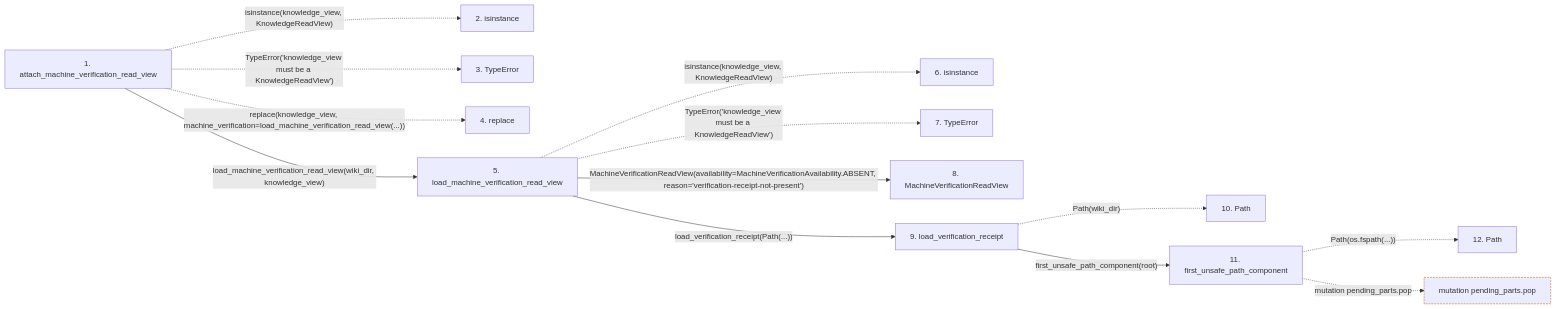
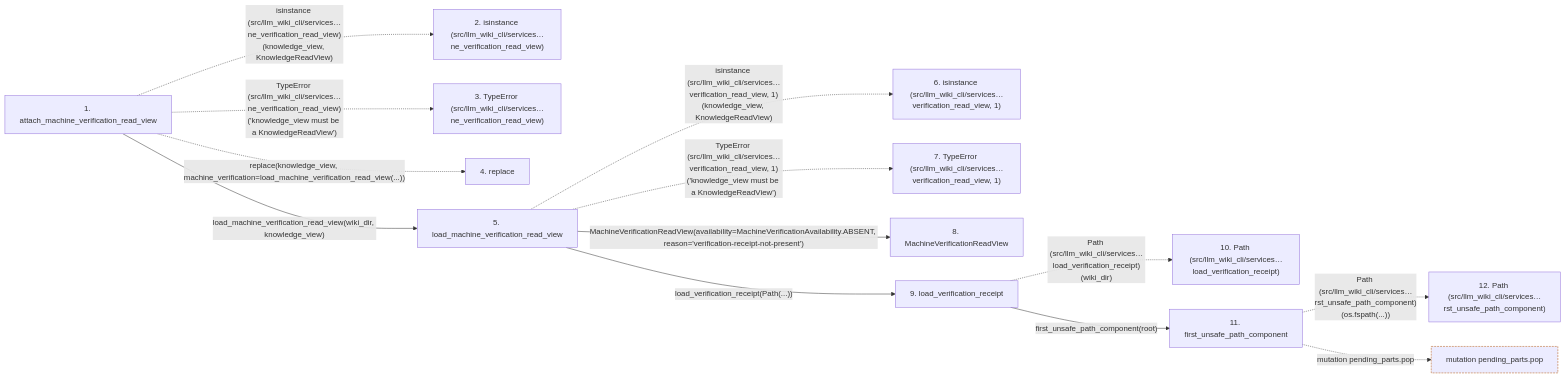
The second of 2 diagrams in docs/llm_wiki/flows/api-attach_machine_verification_read_view.md (Denissvgn/python-wiki-llm), drawn with Mermaid before and after one commit. The commit also changed other lines of this file and 719 other files, not shown here.

````diff
--- a/docs/llm_wiki/flows/api-attach_machine_verification_read_view.md
+++ b/docs/llm_wiki/flows/api-attach_machine_verification_read_view.md
@@ -81,35 +84,35 @@
 ```mermaid
 flowchart LR
     s1["1. attach_machine_verification_read_view"]
-    s2["2. isinstance"]
-    s3["3. TypeError"]
+    s2["2. isinstance (src/llm_wiki_cli/services…ne_verification_read_view)"]
+    s3["3. TypeError (src/llm_wiki_cli/services…ne_verification_read_view)"]
     s4["4. replace"]
     s5["5. load_machine_verification_read_view"]
-    s6["6. isinstance"]
-    s7["7. TypeError"]
+    s6["6. isinstance (src/llm_wiki_cli/services…verification_read_view, 1)"]
+    s7["7. TypeError (src/llm_wiki_cli/services…verification_read_view, 1)"]
     s8["8. MachineVerificationReadView"]
     s9["9. load_verification_receipt"]
-    s10["10. Path"]
+    s10["10. Path (src/llm_wiki_cli/services…load_verification_receipt)"]
     s11["11. first_unsafe_path_component"]
-    s12["12. Path"]
-    s1 -. "isinstance(knowledge_view, KnowledgeReadView)" .-> s2
-    s1 -. "TypeError('knowledge_view must be a KnowledgeReadView')" .-> s3
+    s12["12. Path (src/llm_wiki_cli/services…rst_unsafe_path_component)"]
+    s1 -. "isinstance (src/llm_wiki_cli/services…ne_verification_read_view)(knowledge_view, KnowledgeReadView)" .-> s2
+    s1 -. "TypeError (src/llm_wiki_cli/services…ne_verification_read_view)('knowledge_view must be a KnowledgeReadView')" .-> s3
     s1 -. "replace(knowledge_view, machine_verification=load_machine_verification_read_view(...))" .-> s4
     s1 -->|"load_machine_verification_read_view(wiki_dir, knowledge_view)"| s5
-    s5 -. "isinstance(knowledge_view, KnowledgeReadView)" .-> s6
-    s5 -. "TypeError('knowledge_view must be a KnowledgeReadView')" .-> s7
+    s5 -. "isinstance (src/llm_wiki_cli/services…verification_read_view, 1)(knowledge_view, KnowledgeReadView)" .-> s6
+    s5 -. "TypeError (src/llm_wiki_cli/services…verification_read_view, 1)('knowledge_view must be a KnowledgeReadView')" .-> s7
     s5 -->|"MachineVerificationReadView(availability=MachineVerificationAvailability.ABSENT, reason='verification-receipt-not-present')"| s8
     s5 -->|"load_verification_receipt(Path(...))"| s9
-    s9 -. "Path(wiki_dir)" .-> s10
+    s9 -. "Path (src/llm_wiki_cli/services…load_verification_receipt)(wiki_dir)" .-> s10
     s9 -->|"first_unsafe_path_component(root)"| s11
-    s11 -. "Path(os.fspath(...))" .-> s12
+    s11 -. "Path (src/llm_wiki_cli/services…rst_unsafe_path_component)(os.fspath(...))" .-> s12
     b0["mutation pending_parts.pop"]
     s11 -. "mutation pending_parts.pop" .-> b0
     click s1 "../modules/knowledge_verification.md"
     click s5 "../modules/knowledge_verification.md"
     click s8 "../modules/knowledge_consumption.md"
     click s9 "../modules/verification_contracts.md"
     click s11 "../modules/io.md"
     classDef boundary stroke:#b45309,stroke-dasharray: 4 2
     class b0 boundary
 ```
````
